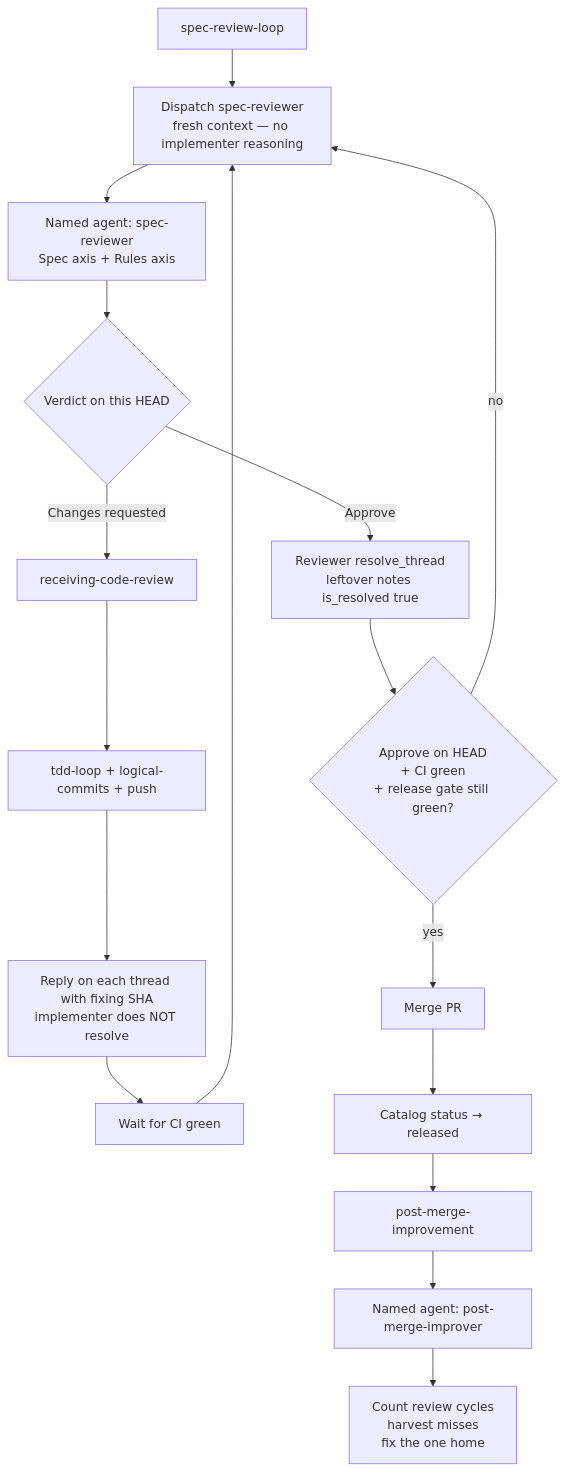
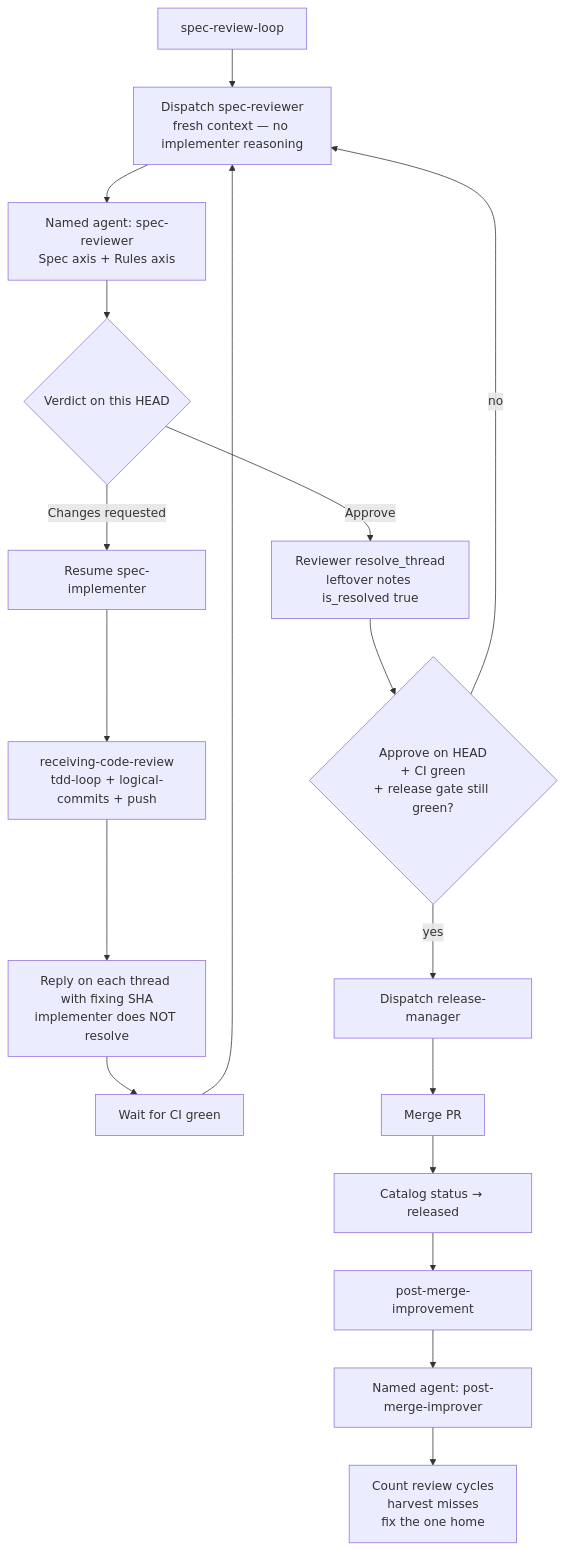
One commit to lonnylot/spec-loop changed the second of 4 diagrams in README.md. Above: the diagram before and after it, drawn with Mermaid. The commit also changed other lines of this file and 13 other files, not shown here.

First line of the commit message:
docs: orchestrator dispatches implementer, reviewer, release-manager

````diff
--- a/README.md
+++ b/README.md
@@ -89,21 +90,22 @@
 ```mermaid
 flowchart TD
   REVIEW["spec-review-loop"] --> DISPATCH["Dispatch spec-reviewer<br/>fresh context — no implementer reasoning"]
   DISPATCH --> REVIEWER["Named agent: spec-reviewer<br/>Spec axis + Rules axis"]
   REVIEWER --> VERDICT{"Verdict on this HEAD"}
 
-  VERDICT -->|Changes requested| RECEIVE["receiving-code-review"]
-  RECEIVE --> FIX["tdd-loop + logical-commits + push"]
+  VERDICT -->|Changes requested| RESUME["Resume spec-implementer"]
+  RESUME --> FIX["receiving-code-review<br/>tdd-loop + logical-commits + push"]
   FIX --> REPLY["Reply on each thread with fixing SHA<br/>implementer does NOT resolve"]
   REPLY --> CIWAIT["Wait for CI green"]
   CIWAIT --> DISPATCH
 
   VERDICT -->|Approve| RESOLVE["Reviewer resolve_thread<br/>leftover notes is_resolved true"]
   RESOLVE --> THREE{"Approve on HEAD<br/>+ CI green<br/>+ release gate still green?"}
   THREE -->|no| DISPATCH
-  THREE -->|yes| MERGE["Merge PR"]
+  THREE -->|yes| RM["Dispatch release-manager"]
+  RM --> MERGE["Merge PR"]
   MERGE --> RELEASED["Catalog status → released"]
   RELEASED --> PMI["post-merge-improvement"]
   PMI --> IMPROVER["Named agent: post-merge-improver"]
   IMPROVER --> LEARN["Count review cycles<br/>harvest misses<br/>fix the one home"]
 ```
````
